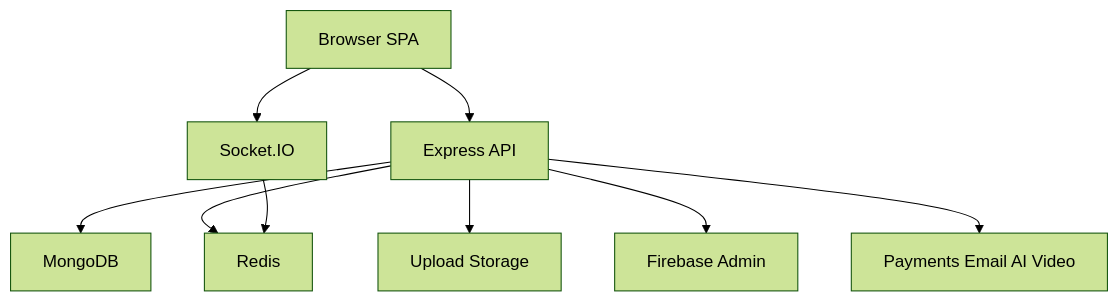
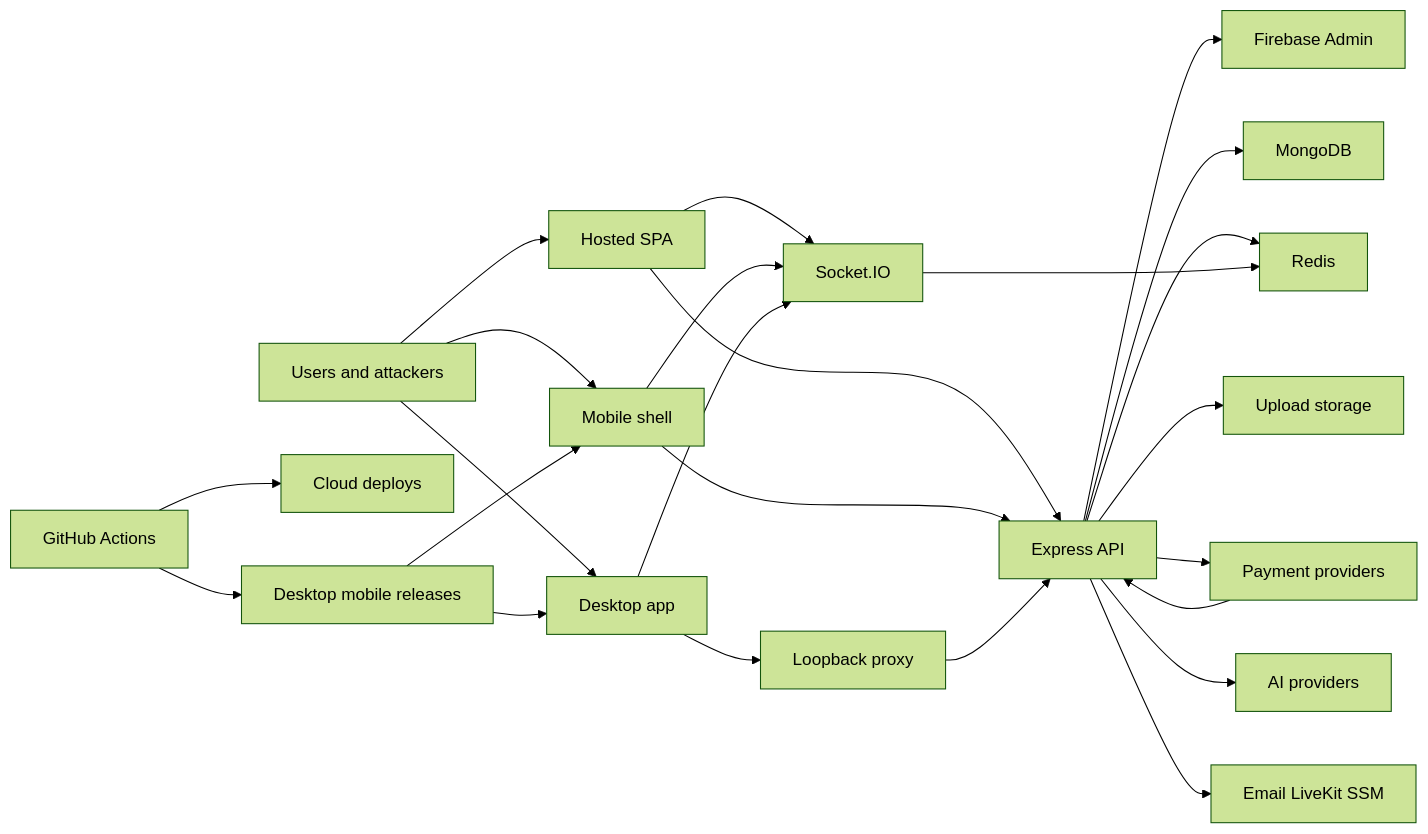
The diagram in Kimi_Agent_Flipkart-Style Frontend-threat-model.md (MdSaifulIslamMSI/Aura), drawn with Mermaid (forest theme) before and after one commit. The commit also changed other lines of this file and 146 other files, not shown here.

````diff
--- a/Kimi_Agent_Flipkart-Style Frontend-threat-model.md
+++ b/Kimi_Agent_Flipkart-Style Frontend-threat-model.md
@@ -64,11 +122,26 @@
 ```mermaid
-flowchart TD
-    browser["Browser SPA"] --> api["Express API"]
-    browser --> socket["Socket.IO"]
-    api --> mongo["MongoDB"]
-    api --> redis["Redis"]
-    api --> blob["Upload Storage"]
-    api --> firebase["Firebase Admin"]
-    api --> external["Payments Email AI Video"]
-    socket --> redis
+flowchart LR
+    U["Users and attackers"] --> W["Hosted SPA"]
+    U --> M["Mobile shell"]
+    U --> D["Desktop app"]
+    D --> P["Loopback proxy"]
+    W --> API["Express API"]
+    M --> API
+    P --> API
+    W --> WS["Socket.IO"]
+    M --> WS
+    D --> WS
+    API --> F["Firebase Admin"]
+    API --> DB["MongoDB"]
+    API --> R["Redis"]
+    WS --> R
+    API --> S["Upload storage"]
+    API --> PAY["Payment providers"]
+    PAY --> API
+    API --> AI["AI providers"]
+    API --> EXT["Email LiveKit SSM"]
+    GH["GitHub Actions"] --> CLOUD["Cloud deploys"]
+    GH --> REL["Desktop mobile releases"]
+    REL --> D
+    REL --> M
 ```
````
